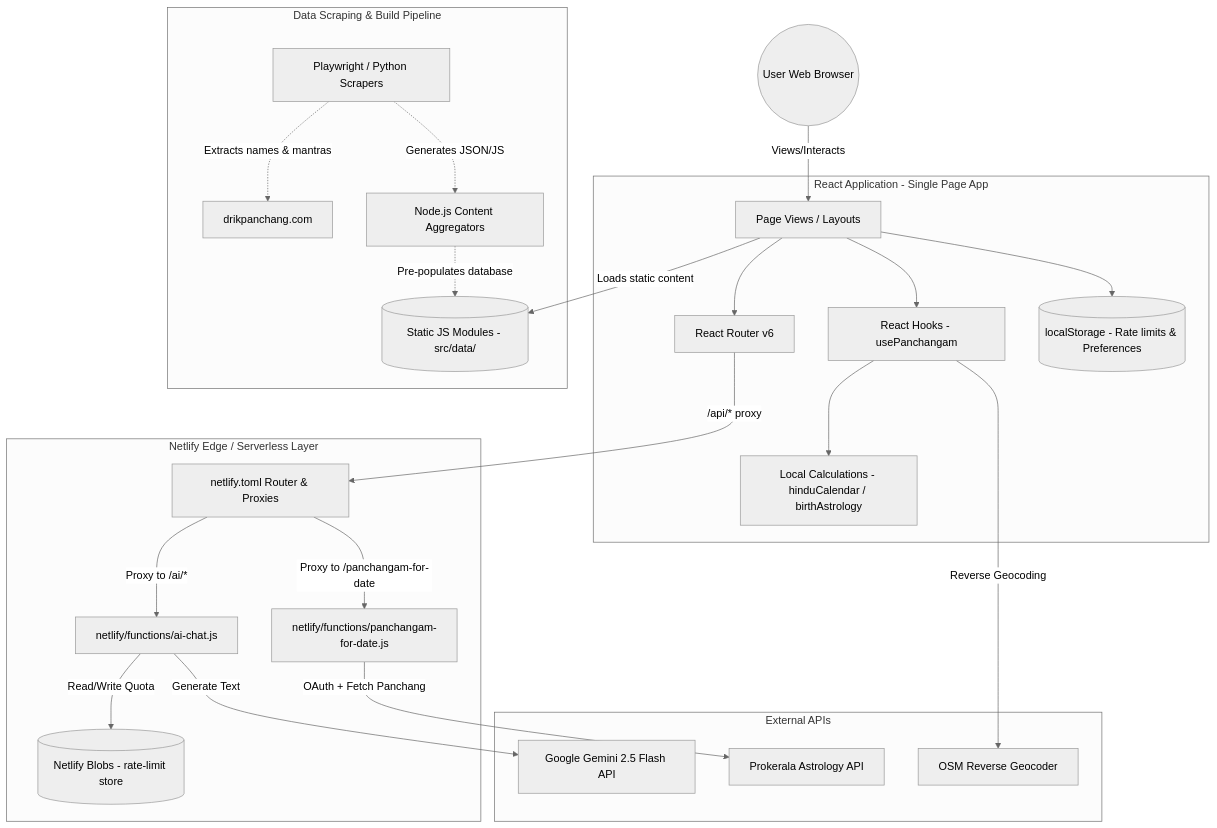
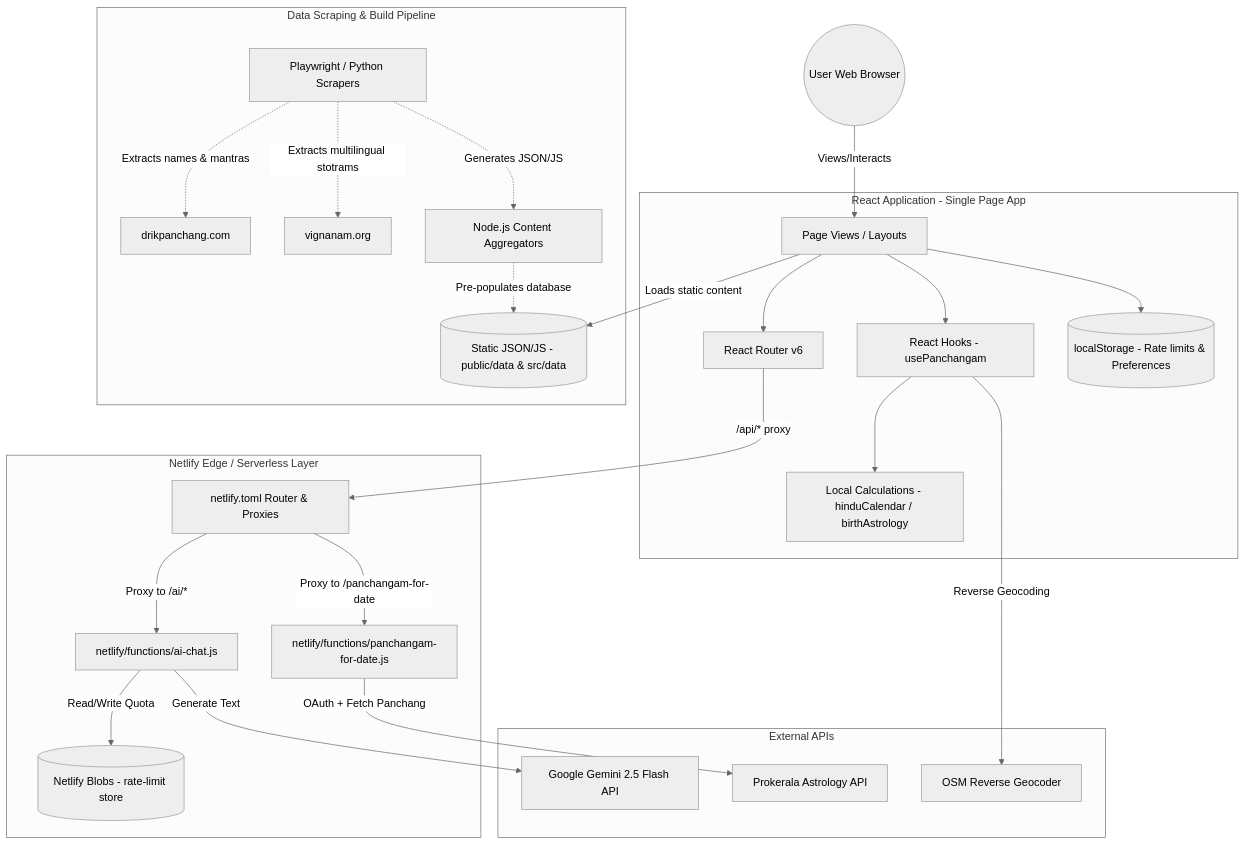
The first of 3 diagrams in README.md (mallesh120/DivinePath), drawn with Mermaid (neutral theme) before and after one commit. The commit also changed other lines of this file and 4 other files, not shown here.

````diff
--- a/README.md
+++ b/README.md
@@ -11,57 +11,59 @@
 ```mermaid
 graph TD
     %% User/Client Tier
     User((User Web Browser))
     
     subgraph Frontend [React Application - Single Page App]
         Routing[React Router v6]
         Pages[Page Views / Layouts]
         Hooks[React Hooks - usePanchangam]
         LocalUtils[Local Calculations - hinduCalendar / birthAstrology]
         LocStorage[(localStorage - Rate limits & Preferences)]
     end
 
     subgraph Backend [Netlify Edge / Serverless Layer]
         NetlifyConf[netlify.toml Router & Proxies]
         AIChatF[netlify/functions/ai-chat.js]
         PanchangF[netlify/functions/panchangam-for-date.js]
         NetlifyBlobs[(Netlify Blobs - rate-limit store)]
     end
 
     subgraph ExternalAPIs [External APIs]
         Gemini[Google Gemini 2.5 Flash API]
         Prokerala[Prokerala Astrology API]
         OpenStreetMap[OSM Reverse Geocoder]
     end
     
     subgraph OfflineScripts [Data Scraping & Build Pipeline]
         Scrapers[Playwright / Python Scrapers]
         DrikPanchang[drikpanchang.com]
+        Vignanam[vignanam.org]
         Aggregators[Node.js Content Aggregators]
-        StaticData[(Static JS Modules - src/data/)]
+        StaticData[(Static JSON/JS - public/data & src/data)]
     end
 
     %% Connections
     User -->|Views/Interacts| Pages
     Pages --> Routing
     Pages --> Hooks
     Hooks --> LocalUtils
     Pages --> LocStorage
     
     %% API Routing
     Routing -->|/api/* proxy| NetlifyConf
     NetlifyConf -->|Proxy to /ai/*| AIChatF
     NetlifyConf -->|Proxy to /panchangam-for-date| PanchangF
     
     %% Backend to External
     AIChatF -->|Read/Write Quota| NetlifyBlobs
     AIChatF -->|Generate Text| Gemini
     PanchangF -->|OAuth + Fetch Panchang| Prokerala
     Hooks -->|Reverse Geocoding| OpenStreetMap
     
     %% Data Pipeline
     Scrapers -.->|Extracts names & mantras| DrikPanchang
+    Scrapers -.->|Extracts multilingual stotrams| Vignanam
     Scrapers -.->|Generates JSON/JS| Aggregators
     Aggregators -.->|Pre-populates database| StaticData
     Pages -->|Loads static content| StaticData
 ```
````
